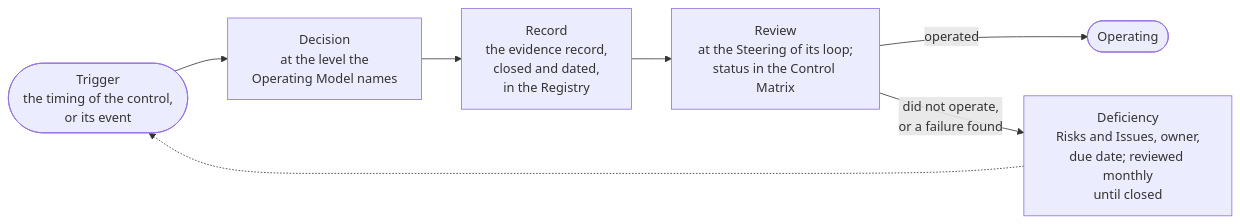
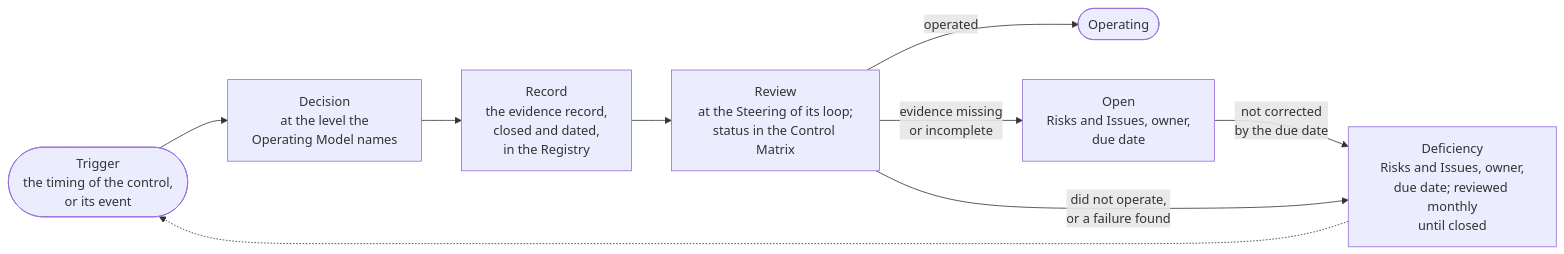
The diagram in portal/content/governance/controls-and-the-catalogue.md (devhogu/ob-aicc), drawn with Mermaid before and after one commit. The commit also changed other lines of this file and 465 other files, not shown here.

````diff
--- a/portal/content/governance/controls-and-the-catalogue.md
+++ b/portal/content/governance/controls-and-the-catalogue.md
@@ -25,9 +25,11 @@
 ```mermaid
 flowchart LR
   T(["Trigger<br/>the timing of the control,<br/>or its event"]) --> D["Decision<br/>at the level the<br/>Operating Model names"]
   D --> R["Record<br/>the evidence record,<br/>closed and dated,<br/>in the Registry"]
   R --> V["Review<br/>at the Steering of its loop;<br/>status in the Control Matrix"]
   V -->|"operated"| OK(["Operating"])
+  V -->|"evidence missing<br/>or incomplete"| OP["Open<br/>Risks and Issues, owner,<br/>due date"]
+  OP -->|"not corrected<br/>by the due date"| DF
   V -->|"did not operate,<br/>or a failure found"| DF["Deficiency<br/>Risks and Issues, owner,<br/>due date; reviewed monthly<br/>until closed"]
   DF -.-> T
 ```
````
